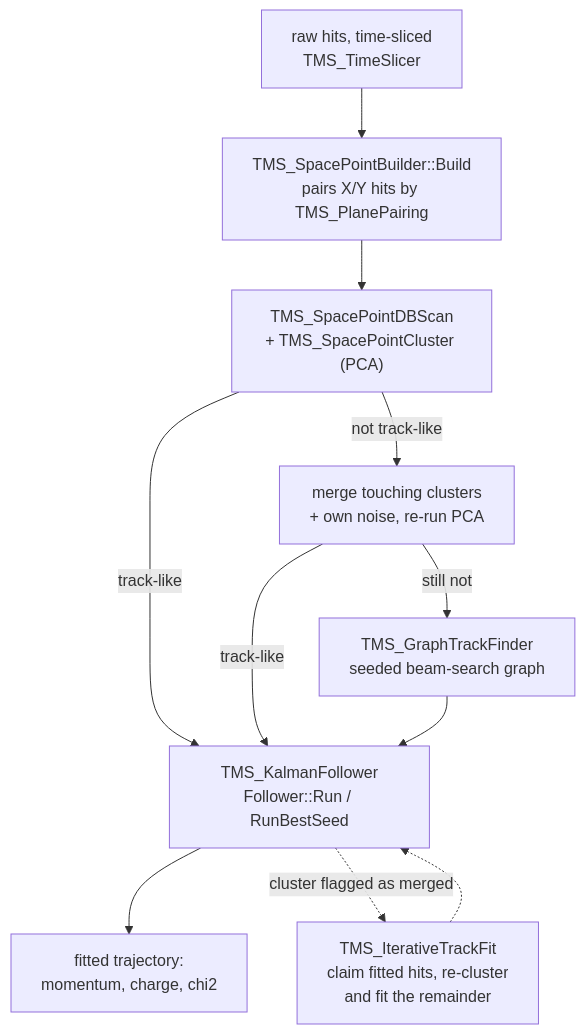
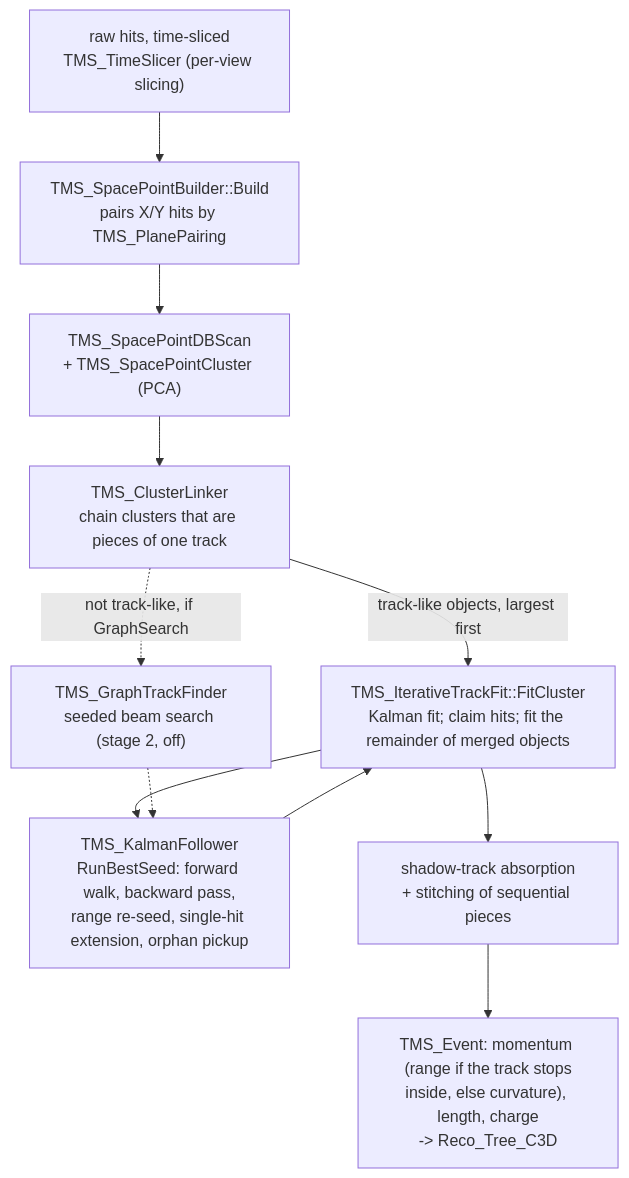
Before and after one commit to DUNE/dune-tms: the diagram in src/Cluster3D/README.md, drawn with Mermaid. The commit also changed other lines of this file and 1 other file, not shown here.

First line of the commit message:
Cluster3D READMEs: bring up to date with the pipeline as it runs now

````diff
--- a/src/Cluster3D/README.md
+++ b/src/Cluster3D/README.md
@@ -12,13 +15,13 @@
 ```mermaid
 flowchart TD
-  A[raw hits, time-sliced<br/>TMS_TimeSlicer] --> B["TMS_SpacePointBuilder::Build<br/>pairs X/Y hits by TMS_PlanePairing"]
+  A["raw hits, time-sliced<br/>TMS_TimeSlicer (per-view slicing)"] --> B["TMS_SpacePointBuilder::Build<br/>pairs X/Y hits by TMS_PlanePairing"]
   B --> C["TMS_SpacePointDBScan<br/>+ TMS_SpacePointCluster (PCA)"]
-  C -->|track-like| F
-  C -->|not track-like| D["merge touching clusters<br/>+ own noise, re-run PCA"]
-  D -->|track-like| F
-  D -->|still not| E["TMS_GraphTrackFinder<br/>seeded beam-search graph"]
-  E --> F["TMS_KalmanFollower<br/>Follower::Run / RunBestSeed"]
-  F --> G[fitted trajectory:<br/>momentum, charge, chi2]
-  F -.->|cluster flagged as merged| H["TMS_IterativeTrackFit<br/>claim fitted hits, re-cluster<br/>and fit the remainder"]
-  H -.-> F
+  C --> L["TMS_ClusterLinker<br/>chain clusters that are pieces of one track"]
+  L -->|track-like objects, largest first| F["TMS_IterativeTrackFit::FitCluster<br/>Kalman fit; claim hits; fit the remainder of merged objects"]
+  F --> K["TMS_KalmanFollower<br/>RunBestSeed: forward walk, backward pass,<br/>range re-seed, single-hit extension, orphan pickup"]
+  K --> F
+  L -.->|not track-like, if GraphSearch| E["TMS_GraphTrackFinder<br/>seeded beam search (stage 2, off)"]
+  E -.-> K
+  F --> S["shadow-track absorption<br/>+ stitching of sequential pieces"]
+  S --> G["TMS_Event: momentum (range if the track stops<br/>inside, else curvature), length, charge<br/>-> Reco_Tree_C3D"]
 ```
````
